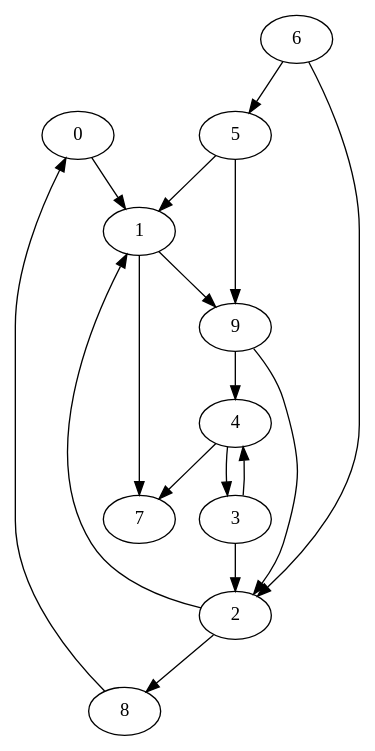
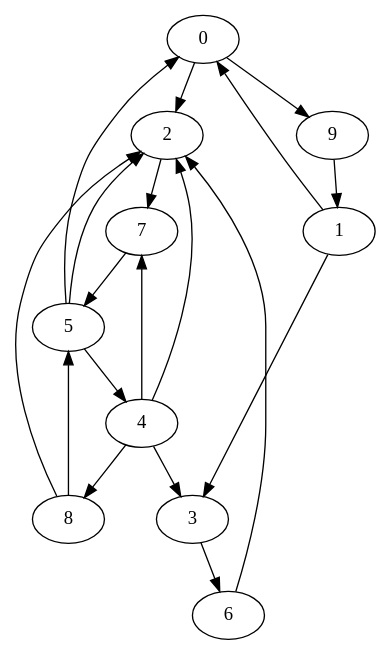
Before and after one commit to belokmaster/math_algs: the diagram in idz_1/petGraph/peterson.dot, drawn with Graphviz. The commit also changed 11 other files, not shown here.

```diff
--- a/idz_1/petGraph/peterson.dot
+++ b/idz_1/petGraph/peterson.dot
@@ -1,31 +1,33 @@
 strict digraph HamiltonianPathGraph {
   // Node definitions.
   0;
   1;
   2;
   3;
   4;
   5;
   6;
   7;
   8;
   9;
 
   // Edge definitions.
-  0 -> 1;
-  1 -> 7;
-  1 -> 9;
-  2 -> 1;
-  2 -> 8;
-  3 -> 2;
-  3 -> 4;
+  0 -> 2;
+  0 -> 9;
+  1 -> 0;
+  1 -> 3;
+  2 -> 7;
+  3 -> 6;
+  4 -> 2;
   4 -> 3;
   4 -> 7;
-  5 -> 1;
-  5 -> 9;
+  4 -> 8;
+  5 -> 0;
+  5 -> 2;
+  5 -> 4;
   6 -> 2;
-  6 -> 5;
-  8 -> 0;
-  9 -> 2;
-  9 -> 4;
+  7 -> 5;
+  8 -> 2;
+  8 -> 5;
+  9 -> 1;
 }
```
